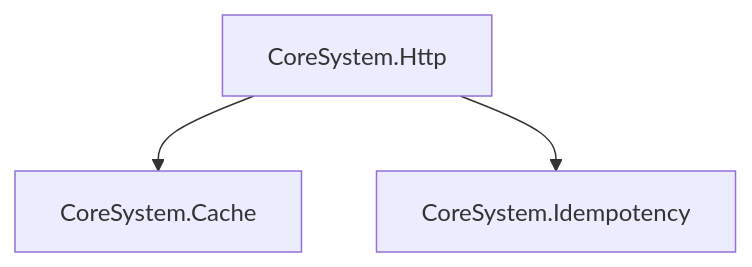
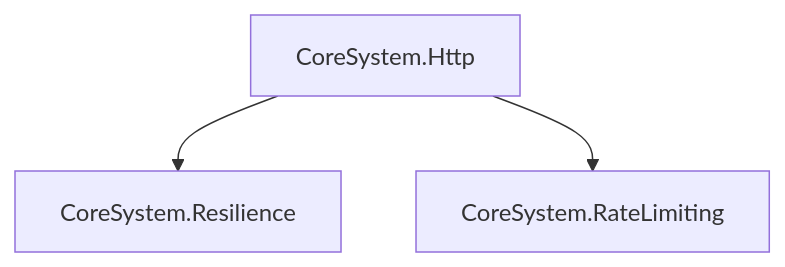
One commit to FEDERIN/CoreSystem changed the sixth of 6 diagrams in docs/Http/Architecture.md. Above: the diagram before and after it, drawn with Mermaid. The commit also changed other lines of this file and 16 other files, not shown here.

````diff
--- a/docs/Http/Architecture.md
+++ b/docs/Http/Architecture.md
@@ -209,9 +209,9 @@
 ```mermaid
 graph TD
 
     Http["CoreSystem.Http"]
 
-    Http --> Cache["CoreSystem.Cache"]
+    Http --> Resilience["CoreSystem.Resilience"]
 
-    Http --> Idempotency["CoreSystem.Idempotency"]
+    Http --> RateLimiting["CoreSystem.RateLimiting"]
 ```
````
